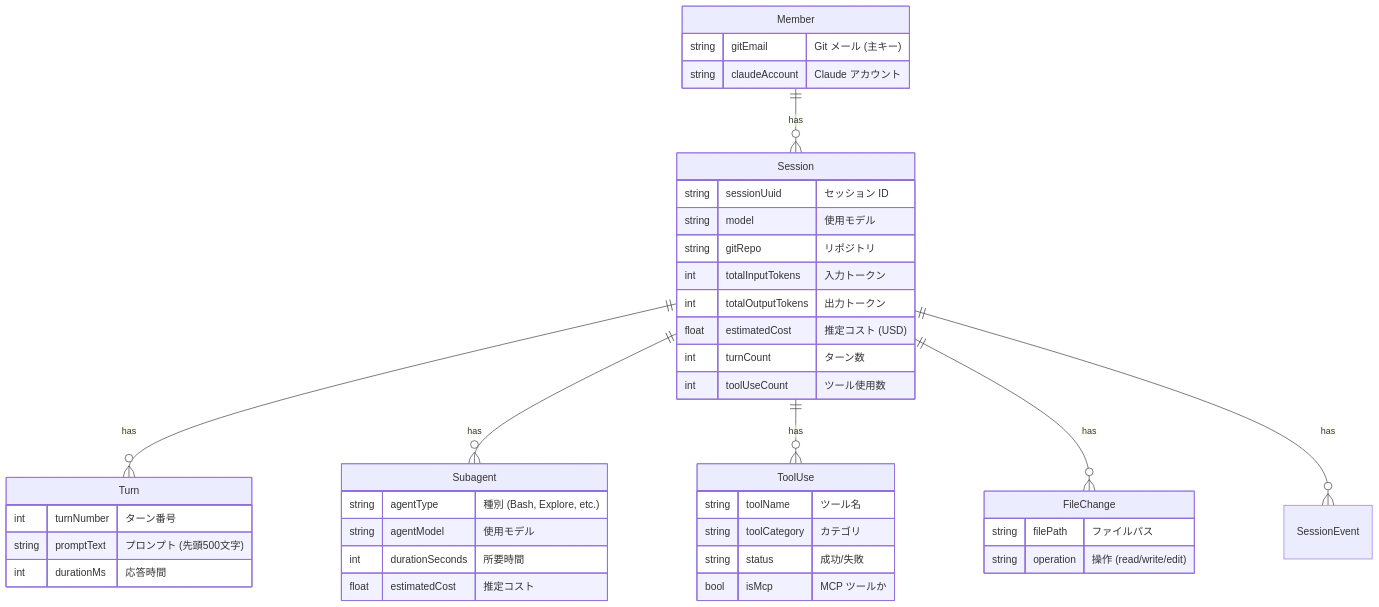
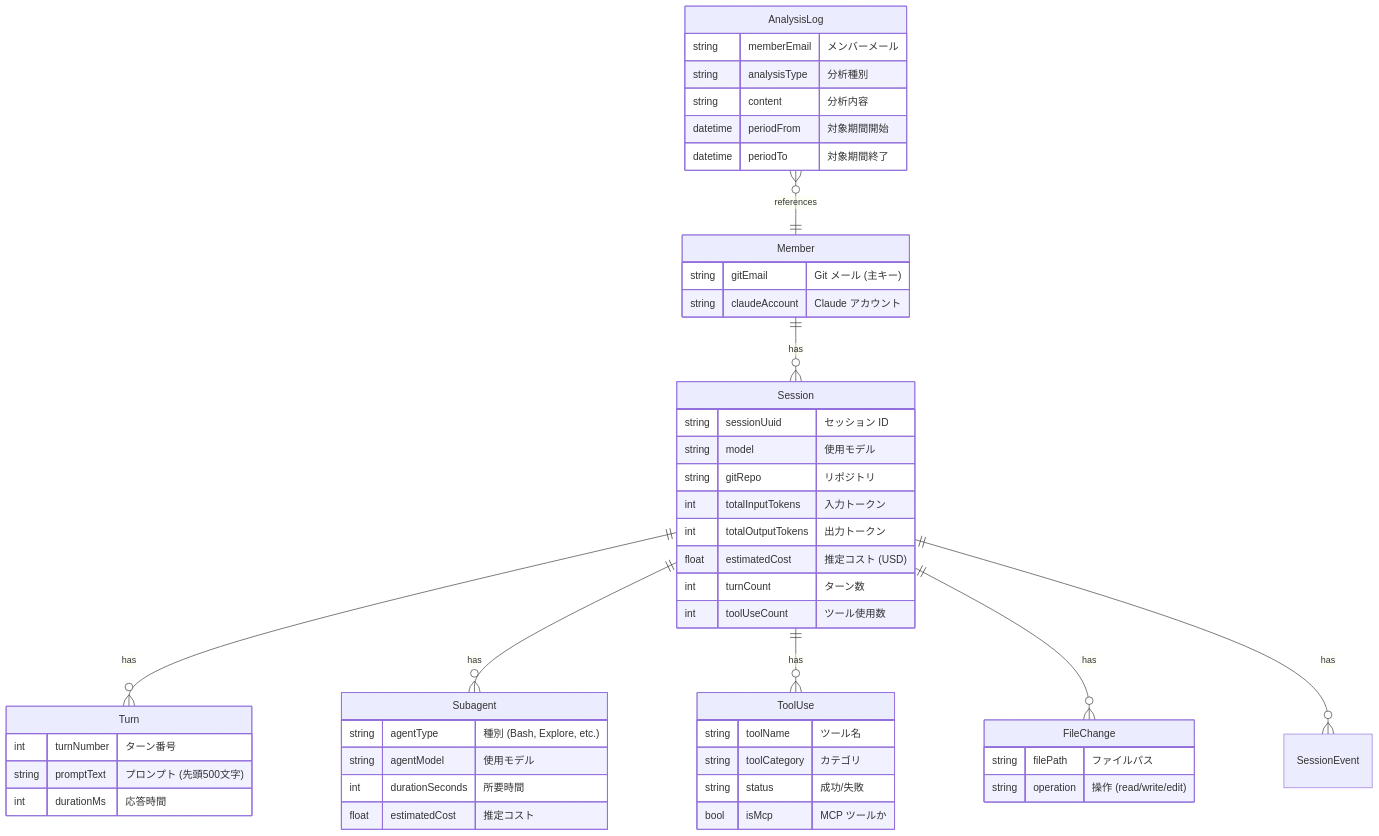
The fourth of 4 diagrams in README.md (thirai-classlab/claude-activity-tracker), drawn with Mermaid before and after one commit. The commit also changed other lines of this file and 175 other files, not shown here.

````diff
--- a/README.md
+++ b/README.md
@@ -318,45 +402,53 @@
 ```mermaid
 erDiagram
     Member ||--o{ Session : "has"
     Session ||--o{ Turn : "has"
     Session ||--o{ Subagent : "has"
     Session ||--o{ ToolUse : "has"
     Session ||--o{ FileChange : "has"
     Session ||--o{ SessionEvent : "has"
+    AnalysisLog }o--|| Member : "references"
 
     Member {
         string gitEmail "Git メール (主キー)"
         string claudeAccount "Claude アカウント"
     }
     Session {
         string sessionUuid "セッション ID"
         string model "使用モデル"
         string gitRepo "リポジトリ"
         int totalInputTokens "入力トークン"
         int totalOutputTokens "出力トークン"
         float estimatedCost "推定コスト (USD)"
         int turnCount "ターン数"
         int toolUseCount "ツール使用数"
     }
     Turn {
         int turnNumber "ターン番号"
         string promptText "プロンプト (先頭500文字)"
         int durationMs "応答時間"
     }
     Subagent {
         string agentType "種別 (Bash, Explore, etc.)"
         string agentModel "使用モデル"
         int durationSeconds "所要時間"
         float estimatedCost "推定コスト"
     }
     ToolUse {
         string toolName "ツール名"
         string toolCategory "カテゴリ"
         string status "成功/失敗"
         bool isMcp "MCP ツールか"
     }
     FileChange {
         string filePath "ファイルパス"
         string operation "操作 (read/write/edit)"
     }
+    AnalysisLog {
+        string memberEmail "メンバーメール"
+        string analysisType "分析種別"
+        string content "分析内容"
+        datetime periodFrom "対象期間開始"
+        datetime periodTo "対象期間終了"
+    }
 ```
````
